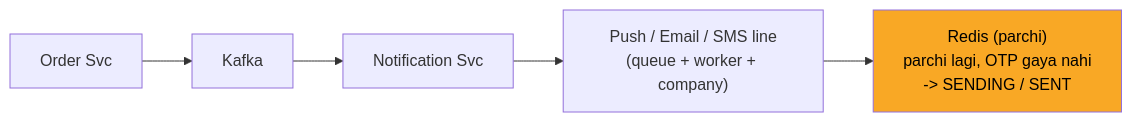
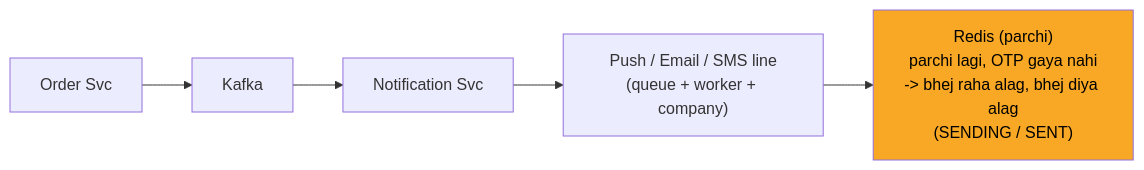
Before and after one commit to ArpanMaheshwari144/Prep: the fifth of 13 diagrams in 04_HLD/SYSTEM_DESIGNS/04_notification_system/04_notification_system.md, drawn with Mermaid. The commit also changed other lines of this file and 13 other files, not shown here.

````diff
--- a/04_HLD/SYSTEM_DESIGNS/04_notification_system/04_notification_system.md
+++ b/04_HLD/SYSTEM_DESIGNS/04_notification_system/04_notification_system.md
@@ -198,13 +198,13 @@
 ```mermaid
 flowchart LR
     n_Order_Svc["Order Svc"]
     n_Kafka["Kafka"]
     n_Notification_Svc["Notification Svc"]
     n_LINES["Push / Email / SMS line<br/>(queue + worker + company)"]
-    n_Redis["Redis (parchi)<br/>parchi lagi, OTP gaya nahi<br/>-> SENDING / SENT"]
+    n_Redis["Redis (parchi)<br/>parchi lagi, OTP gaya nahi<br/>-> bhej raha alag, bhej diya alag<br/>(SENDING / SENT)"]
     n_Order_Svc --> n_Kafka
     n_Kafka --> n_Notification_Svc
     n_Notification_Svc --> n_LINES
     n_LINES --> n_Redis
     style n_Redis fill:#f9a825,color:#000
 ```
````
